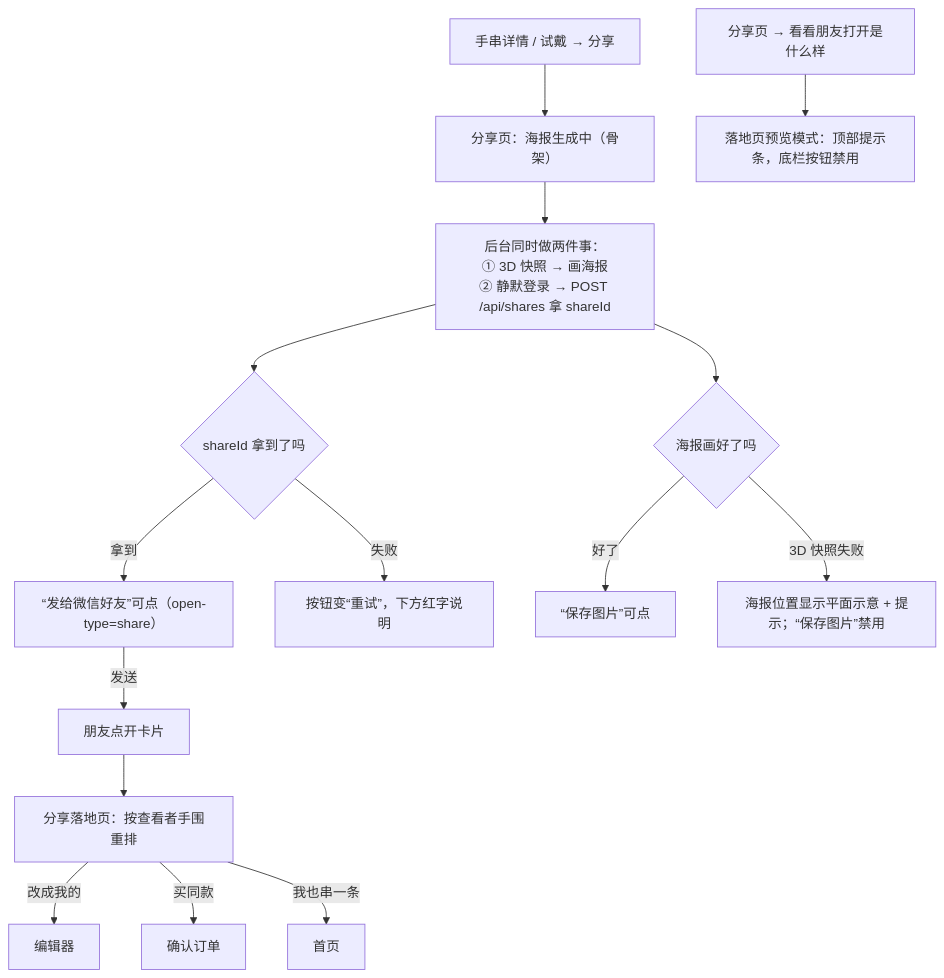
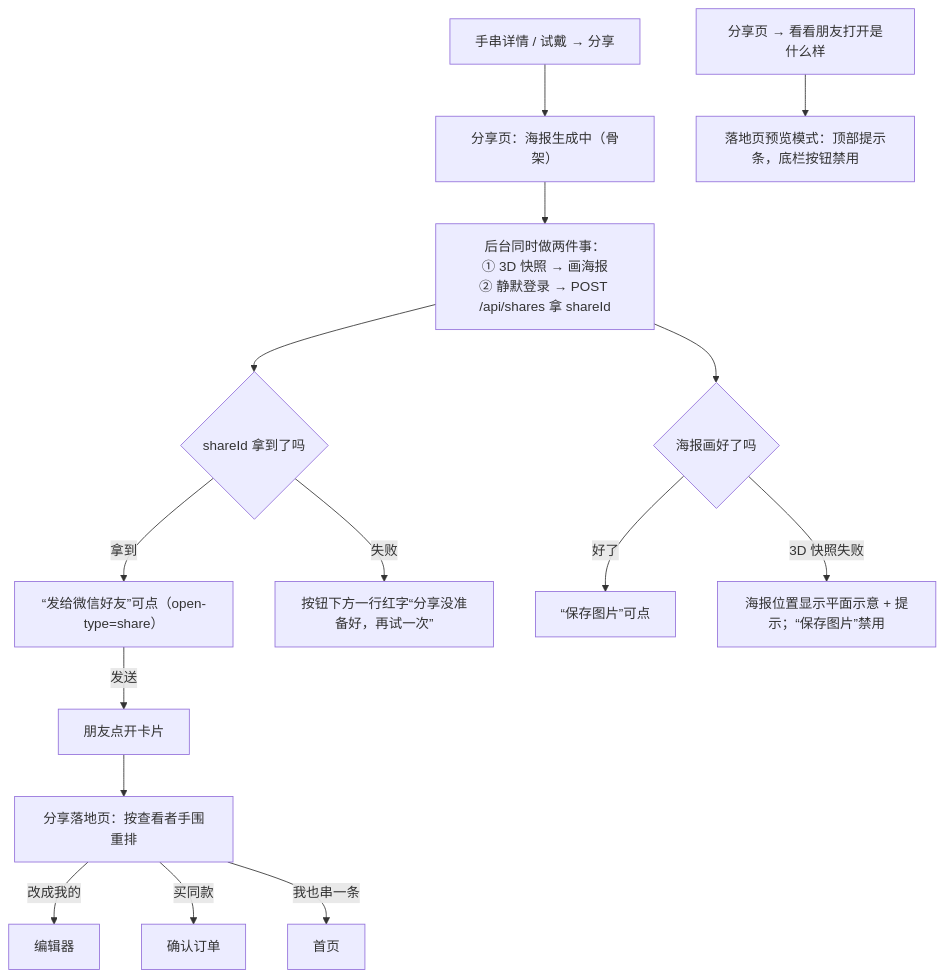
One commit to gachiqachi-netizen/- changed the seventh of 7 diagrams in docs/design/02-core-flows.md. Above: the diagram before and after it, drawn with Mermaid. The commit also changed other lines of this file and 5 other files, not shown here.

````diff
--- a/docs/design/02-core-flows.md
+++ b/docs/design/02-core-flows.md
@@ -475,17 +364,17 @@
 ```mermaid
 flowchart TD
   A[手串详情 / 试戴 → 分享] --> B[分享页：海报生成中（骨架）]
   B --> C[后台同时做两件事：<br/>① 3D 快照 → 画海报<br/>② 静默登录 → POST /api/shares 拿 shareId]
   C --> D{shareId 拿到了吗}
   D -- 拿到 --> E[“发给微信好友”可点（open-type=share）]
-  D -- 失败 --> F[按钮变“重试”，下方红字说明]
+  D -- 失败 --> F[按钮下方一行红字“分享没准备好，再试一次”]
   C --> G{海报画好了吗}
   G -- 好了 --> H[“保存图片”可点]
   G -- 3D 快照失败 --> I[海报位置显示平面示意 + 提示；“保存图片”禁用]
   E -- 发送 --> J[朋友点开卡片]
   J --> K[分享落地页：按查看者手围重排]
   K -- 改成我的 --> L[编辑器]
   K -- 买同款 --> M[确认订单]
   K -- 我也串一条 --> N[首页]
   A2[分享页 → 看看朋友打开是什么样] --> K2[落地页预览模式：顶部提示条，底栏按钮禁用]
 ```
````
